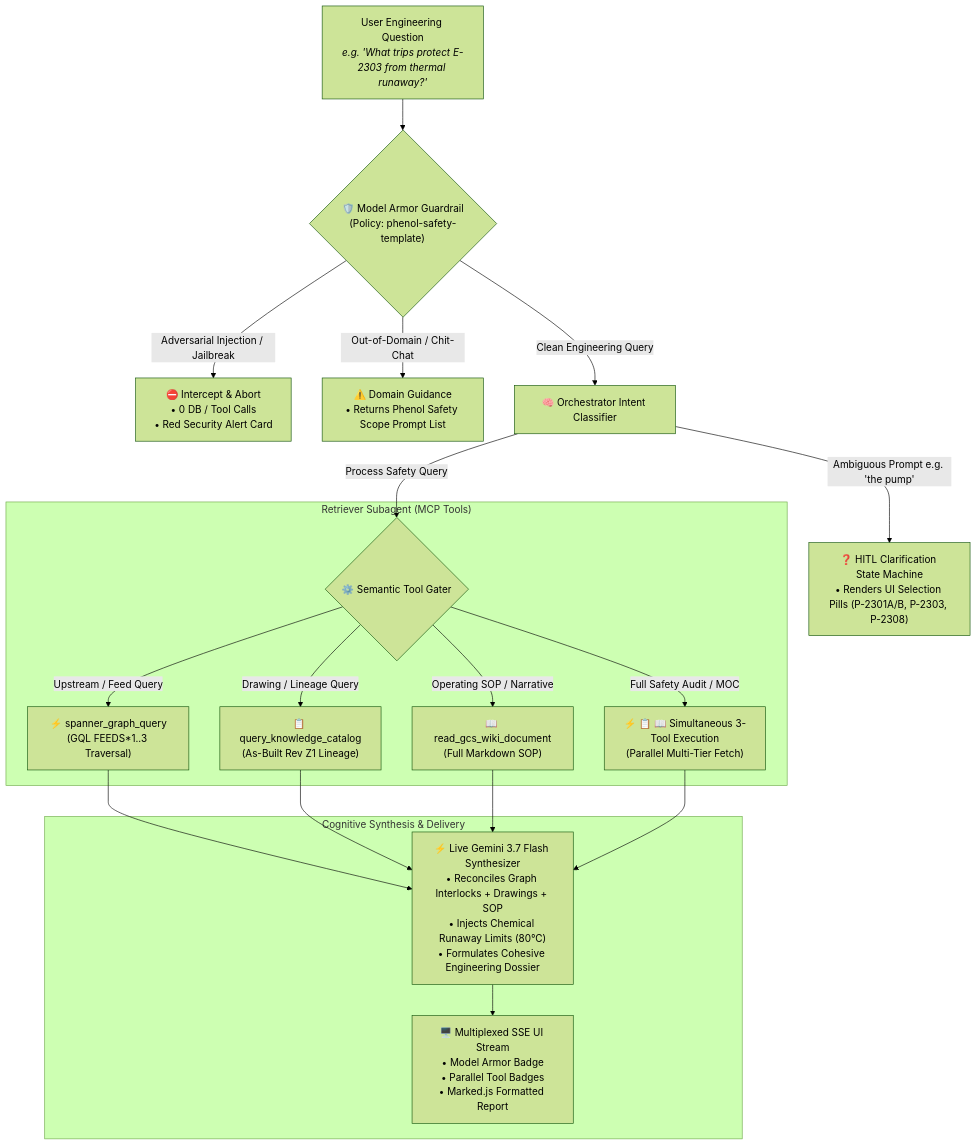
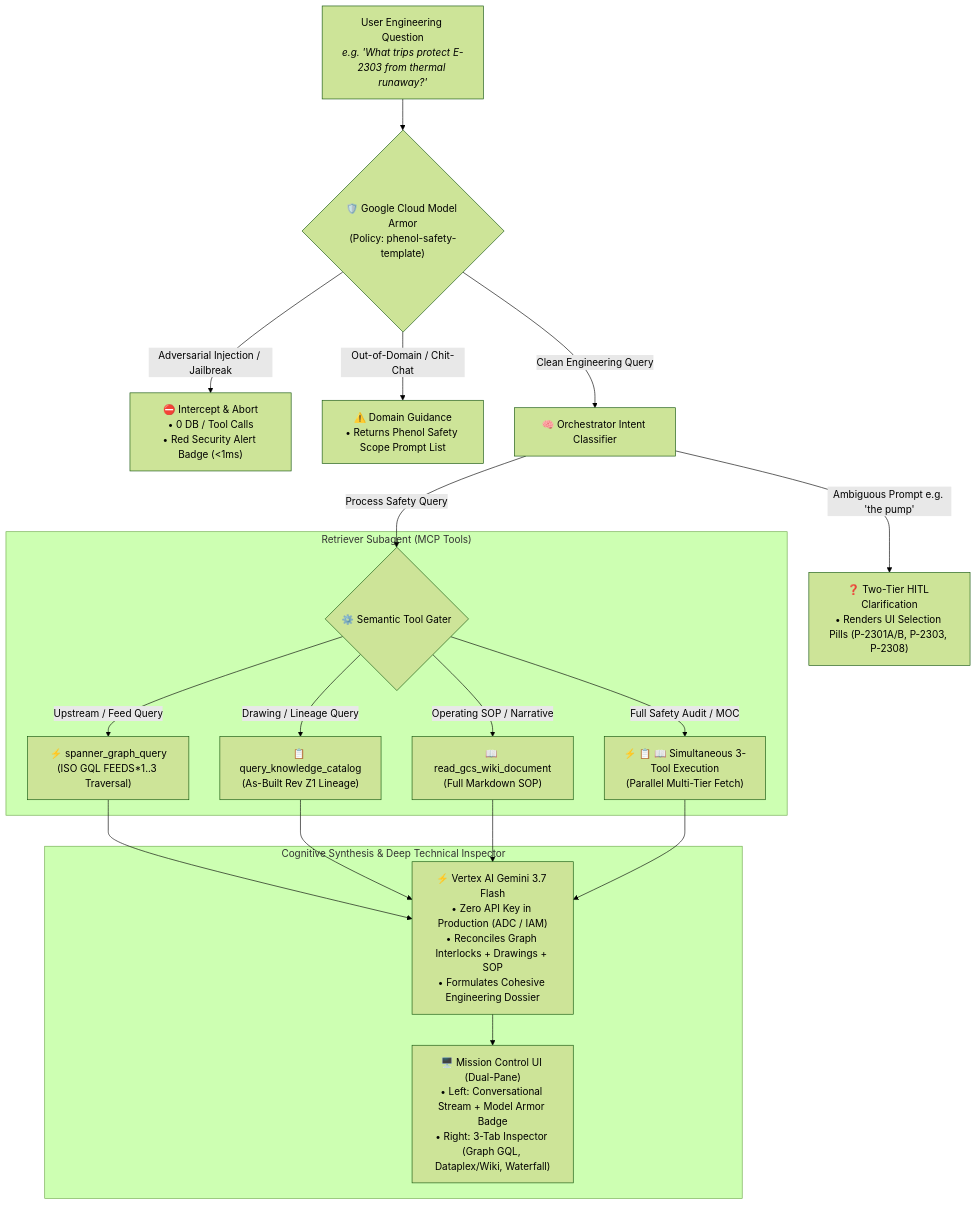
One commit to pantana-na/pttep-kg changed the second of 2 diagrams in docs/architecture.md. Above: the diagram before and after it, drawn with Mermaid (forest theme). The commit also changed other lines of this file and 22 other files, not shown here.

````diff
--- a/docs/architecture.md
+++ b/docs/architecture.md
@@ -106,28 +104,28 @@
 ```mermaid
 flowchart TD
-    UserQuery["User Engineering Question<br/><i>e.g. 'What trips protect E-2303 from thermal runaway?'</i>"] --> Armor{"🛡️ Model Armor Guardrail<br/>(Policy: phenol-safety-template)"}
+    UserQuery["User Engineering Question<br/><i>e.g. 'What trips protect E-2303 from thermal runaway?'</i>"] --> Armor{"🛡️ Google Cloud Model Armor<br/>(Policy: phenol-safety-template)"}
 
-    Armor -->|Adversarial Injection / Jailbreak| Blocked["⛔ Intercept & Abort<br/>• 0 DB / Tool Calls<br/>• Red Security Alert Card"]
+    Armor -->|Adversarial Injection / Jailbreak| Blocked["⛔ Intercept & Abort<br/>• 0 DB / Tool Calls<br/>• Red Security Alert Badge (<1ms)"]
     Armor -->|Out-of-Domain / Chit-Chat| Guidance["⚠️ Domain Guidance<br/>• Returns Phenol Safety Scope Prompt List"]
     Armor -->|Clean Engineering Query| Orchestrator["🧠 Orchestrator Intent Classifier"]
 
-    Orchestrator -->|Ambiguous Prompt e.g. 'the pump'| HITL["❓ HITL Clarification State Machine<br/>• Renders UI Selection Pills (P-2301A/B, P-2303, P-2308)"]
+    Orchestrator -->|Ambiguous Prompt e.g. 'the pump'| HITL["❓ Two-Tier HITL Clarification<br/>• Renders UI Selection Pills (P-2301A/B, P-2303, P-2308)"]
     Orchestrator -->|Process Safety Query| ToolGater{"⚙️ Semantic Tool Gater"}
 
     subgraph RetrieverAgent["Retriever Subagent (MCP Tools)"]
-        ToolGater -->|Upstream / Feed Query| SpannerTool["⚡ spanner_graph_query<br/>(GQL FEEDS*1..3 Traversal)"]
+        ToolGater -->|Upstream / Feed Query| SpannerTool["⚡ spanner_graph_query<br/>(ISO GQL FEEDS*1..3 Traversal)"]
         ToolGater -->|Drawing / Lineage Query| DataplexTool["📋 query_knowledge_catalog<br/>(As-Built Rev Z1 Lineage)"]
         ToolGater -->|Operating SOP / Narrative| GCSTool["📖 read_gcs_wiki_document<br/>(Full Markdown SOP)"]
         ToolGater -->|Full Safety Audit / MOC| MultiTool["⚡ 📋 📖 Simultaneous 3-Tool Execution<br/>(Parallel Multi-Tier Fetch)"]
     end
 
     SpannerTool --> Synthesizer
     DataplexTool --> Synthesizer
     GCSTool --> Synthesizer
     MultiTool --> Synthesizer
 
-    subgraph SynthesisEngine["Cognitive Synthesis & Delivery"]
-        Synthesizer["⚡ Live Gemini 3.7 Flash Synthesizer<br/>• Reconciles Graph Interlocks + Drawings + SOP<br/>• Injects Chemical Runaway Limits (80°C)<br/>• Formulates Cohesive Engineering Dossier"]
-        Synthesizer --> UIStream["🖥️ Multiplexed SSE UI Stream<br/>• Model Armor Badge<br/>• Parallel Tool Badges<br/>• Marked.js Formatted Report"]
+    subgraph SynthesisEngine["Cognitive Synthesis & Deep Technical Inspector"]
+        Synthesizer["⚡ Vertex AI Gemini 3.7 Flash<br/>• Zero API Key in Production (ADC / IAM)<br/>• Reconciles Graph Interlocks + Drawings + SOP<br/>• Formulates Cohesive Engineering Dossier"]
+        Synthesizer --> UIStream["🖥️ Mission Control UI (Dual-Pane)<br/>• Left: Conversational Stream + Model Armor Badge<br/>• Right: 3-Tab Inspector (Graph GQL, Dataplex/Wiki, Waterfall)"]
     end
 ```
````
